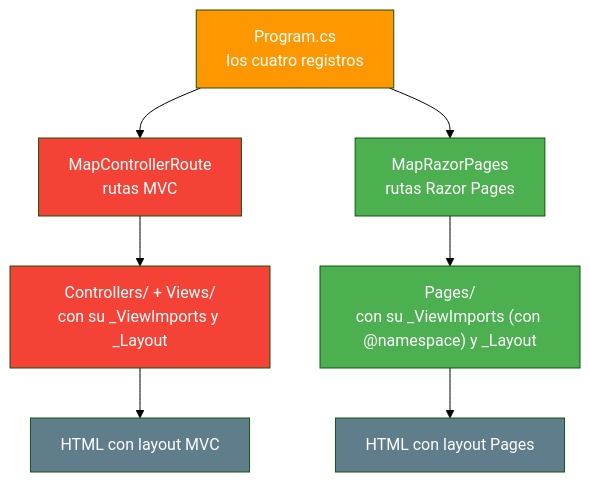
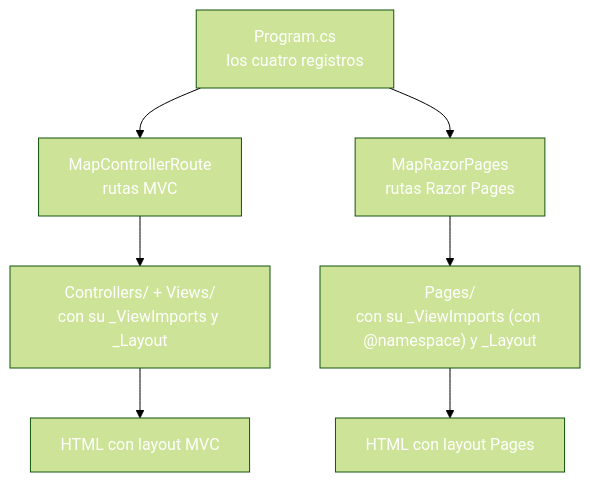
One commit to joseluisgs/DesarrolloWebEntornosServidor-03-2026-2027 changed the third of 4 diagrams in 12-mvc-vs-razorpages.md. Above: the diagram before and after it, drawn with Mermaid (forest theme). The commit also changed other lines of this file and 30 other files, not shown here.

````diff
--- a/12-mvc-vs-razorpages.md
+++ b/12-mvc-vs-razorpages.md
@@ -138,16 +138,16 @@
 ```mermaid
 graph TD
     A["Program.cs<br/>los cuatro registros"] --> B["MapControllerRoute<br/>rutas MVC"]
     A --> C["MapRazorPages<br/>rutas Razor Pages"]
     B --> D["Controllers/ + Views/<br/>con su _ViewImports y _Layout"]
     C --> E["Pages/<br/>con su _ViewImports (con @namespace) y _Layout"]
     D --> F["HTML con layout MVC"]
     E --> G["HTML con layout Pages"]
-    style A fill:#FF9800,color:#fff
-    style B fill:#f44336,color:#fff
-    style C fill:#4CAF50,color:#fff
-    style D fill:#f44336,color:#fff
-    style E fill:#4CAF50,color:#fff
-    style F fill:#607D8B,color:#fff
-    style G fill:#607D8B,color:#fff
+    style A fill:#FF980,color:#fff0,color:#fff
+    style B fill:#f4433,color:#fff6,color:#fff
+    style C fill:#4CAF5,color:#fff0,color:#fff
+    style D fill:#f4433,color:#fff6,color:#fff
+    style E fill:#4CAF5,color:#fff0,color:#fff
+    style F fill:#607D8,color:#fffB,color:#fff
+    style G fill:#607D8,color:#fffB,color:#fff
 ```
````
